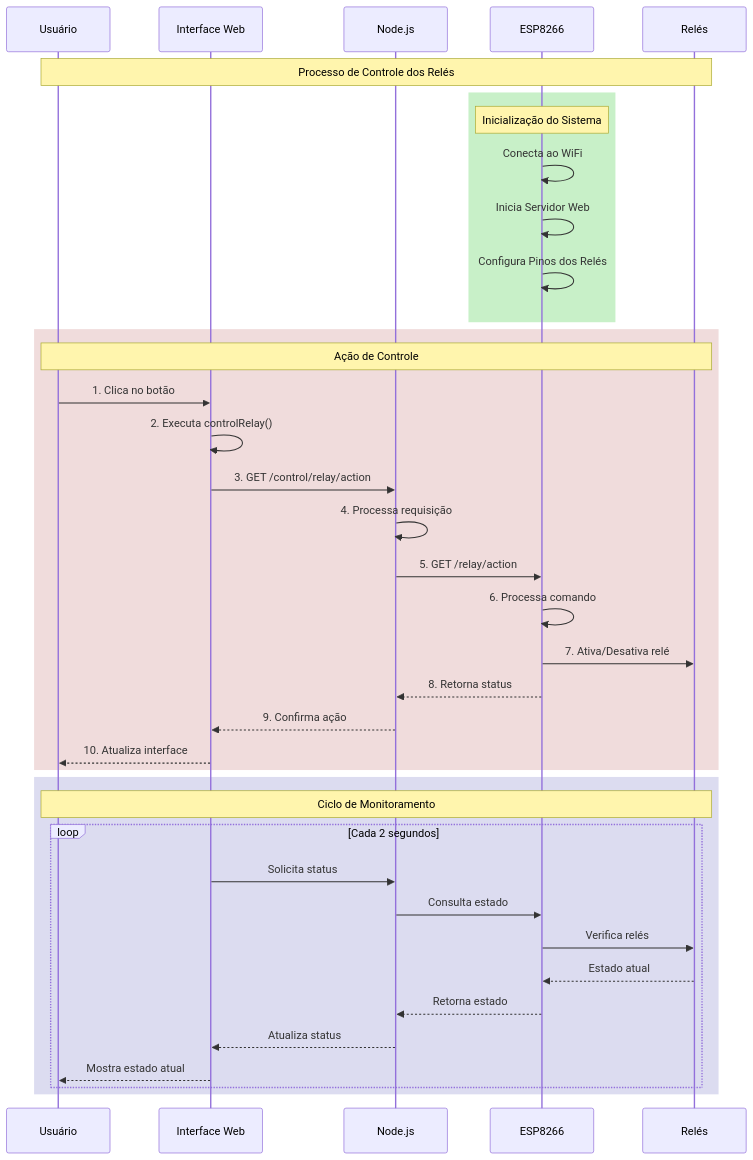
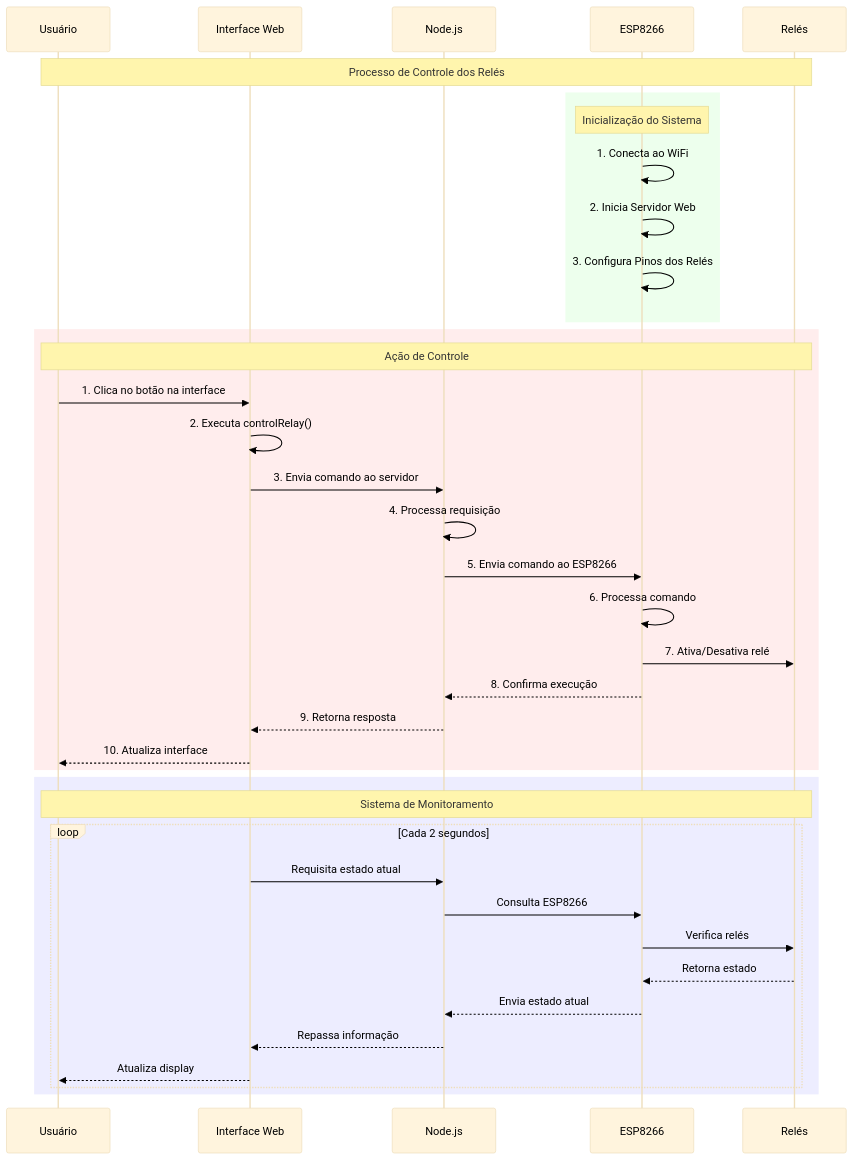
The second of 2 diagrams in Video 3 Controlando pelo Pc/Projeto.md (lfcpu/PlayList-Automa--o-Residencial), drawn with Mermaid before and after one commit. The commit also changed other lines of this file, not shown here.

````diff
--- a/Video 3 Controlando pelo Pc/Projeto.md
+++ b/Video 3 Controlando pelo Pc/Projeto.md
@@ -31,44 +32,45 @@
 ```mermaid
+%%{init: {'theme': 'base', 'themeVariables': { 'primaryTextColor': '#000'}}}%%
 sequenceDiagram
     participant U as Usuário
     participant W as Interface Web
     participant N as Node.js
     participant E as ESP8266
     participant R as Relés
 
     Note over U,R: Processo de Controle dos Relés
-    
-    rect rgb(200, 240, 200)
+
+    rect rgba(220, 255, 220, 0.5)
         Note over E: Inicialização do Sistema
-        E->>E: Conecta ao WiFi
-        E->>E: Inicia Servidor Web
-        E->>E: Configura Pinos dos Relés
+        E->>E: 1. Conecta ao WiFi
+        E->>E: 2. Inicia Servidor Web
+        E->>E: 3. Configura Pinos dos Relés
     end
 
-    rect rgb(240, 220, 220)
+    rect rgba(255, 220, 220, 0.5)
         Note over U,R: Ação de Controle
-        U->>W: 1. Clica no botão
+        U->>W: 1. Clica no botão na interface
         W->>W: 2. Executa controlRelay()
-        W->>N: 3. GET /control/relay/action
+        W->>N: 3. Envia comando ao servidor
         N->>N: 4. Processa requisição
-        N->>E: 5. GET /relay/action
+        N->>E: 5. Envia comando ao ESP8266
         E->>E: 6. Processa comando
         E->>R: 7. Ativa/Desativa relé
-        E-->>N: 8. Retorna status
-        N-->>W: 9. Confirma ação
+        E-->>N: 8. Confirma execução
+        N-->>W: 9. Retorna resposta
         W-->>U: 10. Atualiza interface
     end
 
-    rect rgb(220, 220, 240)
-        Note over U,R: Ciclo de Monitoramento
+    rect rgba(220, 220, 255, 0.5)
+        Note over U,R: Sistema de Monitoramento
         loop Cada 2 segundos
-            W->>N: Solicita status
-            N->>E: Consulta estado
+            W->>N: Requisita estado atual
+            N->>E: Consulta ESP8266
             E->>R: Verifica relés
-            R-->>E: Estado atual
-            E-->>N: Retorna estado
-            N-->>W: Atualiza status
-            W-->>U: Mostra estado atual
+            R-->>E: Retorna estado
+            E-->>N: Envia estado atual
+            N-->>W: Repassa informação
+            W-->>U: Atualiza display
         end
     end
 ```
````
